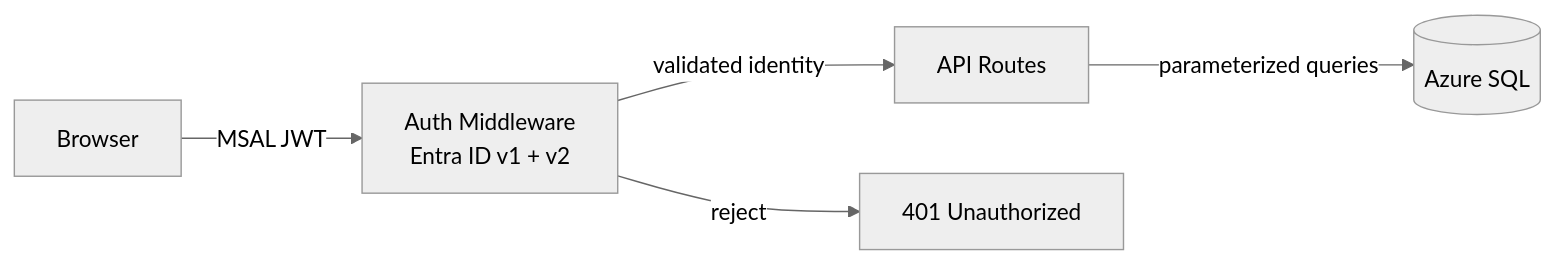
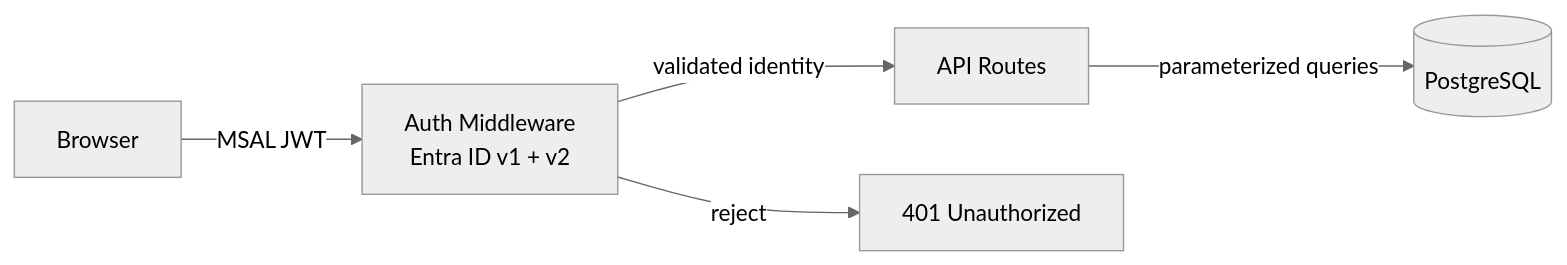
One commit to Fortigi/FortigiGraph changed the diagram in docs/ui/overview.md. Above: the diagram before and after it, drawn with Mermaid (neutral theme). The commit also changed other lines of this file and 25 other files, not shown here.

````diff
--- a/docs/ui/overview.md
+++ b/docs/ui/overview.md
@@ -267,7 +267,7 @@
 ```mermaid
 flowchart LR
     Browser -->|MSAL JWT| Auth[Auth Middleware\nEntra ID v1 + v2]
     Auth -->|validated identity| Routes[API Routes]
-    Routes -->|parameterized queries| SQL[(Azure SQL)]
+    Routes -->|parameterized queries| SQL[(PostgreSQL)]
     Auth -->|reject| Error[401 Unauthorized]
 ```
````
